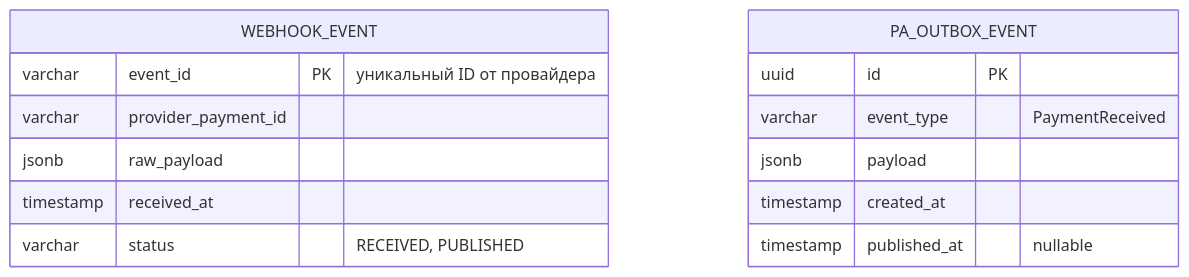
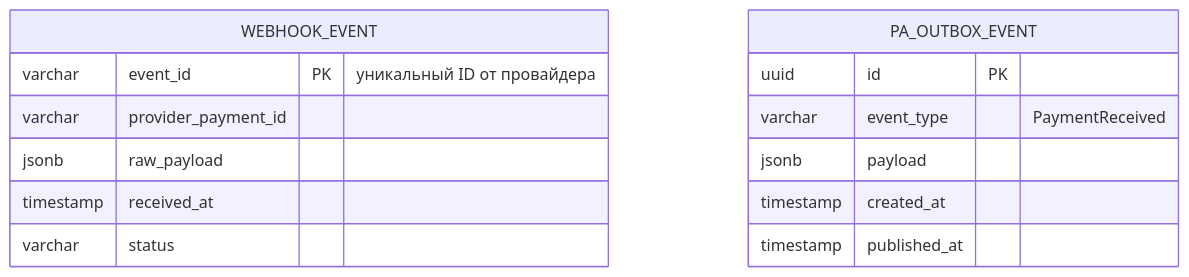
One commit to Unbiscuit/dev_sol changed the fourth of 9 diagrams in marketplace-order-solution.md. Above: the diagram before and after it, drawn with Mermaid. The commit also changed other lines of this file, not shown here.

````diff
--- a/marketplace-order-solution.md
+++ b/marketplace-order-solution.md
@@ -318,18 +291,18 @@
 ```mermaid
 erDiagram
     WEBHOOK_EVENT {
         varchar event_id PK "уникальный ID от провайдера"
         varchar provider_payment_id
         jsonb raw_payload
         timestamp received_at
-        varchar status "RECEIVED, PUBLISHED"
+        varchar status
     }
 
     PA_OUTBOX_EVENT {
         uuid id PK
         varchar event_type "PaymentReceived"
         jsonb payload
         timestamp created_at
-        timestamp published_at "nullable"
+        timestamp published_at
     }
 ```
````
